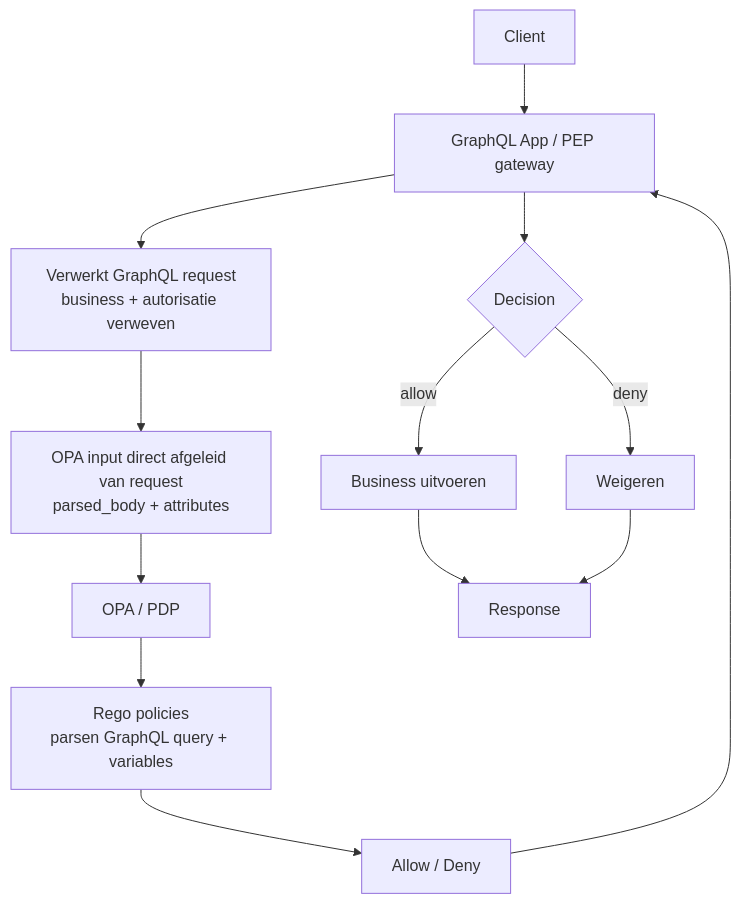
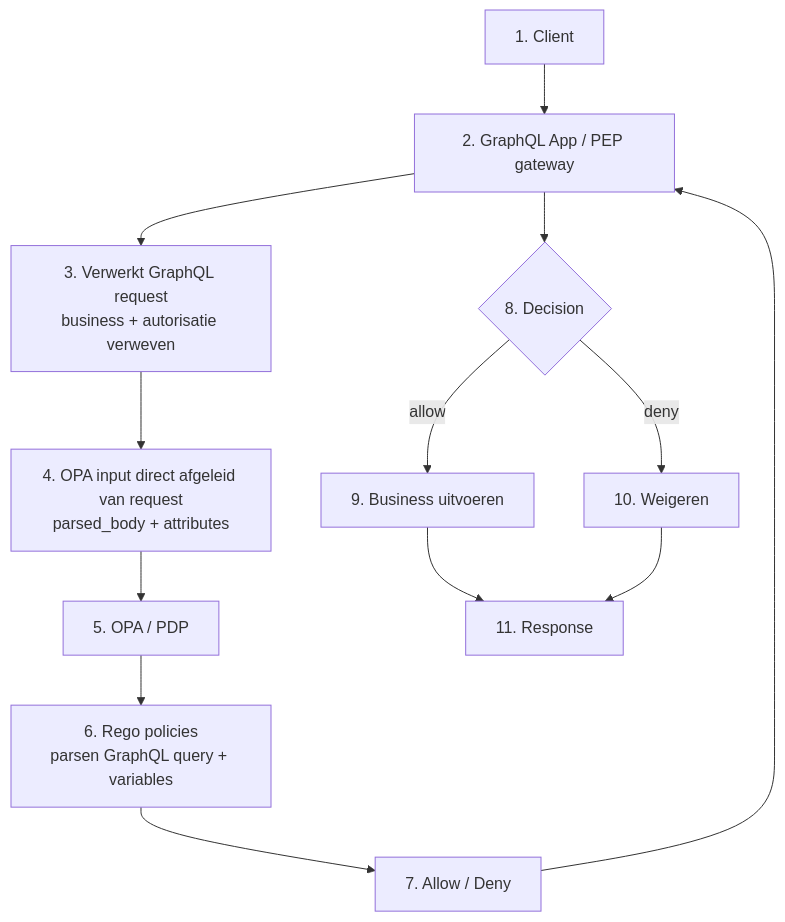
Before and after one commit to iStandaarden/iWlz-RequestForComment: the second of 3 diagrams in RFC/RFC0052 - Autorisatie standaardisatie.md, drawn with Mermaid. The commit also changed other lines of this file, not shown here.

````diff
--- a/RFC/RFC0052 - Autorisatie standaardisatie.md
+++ b/RFC/RFC0052 - Autorisatie standaardisatie.md
@@ -110,21 +87,21 @@
 ```mermaid
 flowchart TD
-    A[Client] --> B[GraphQL App / PEP gateway]
+    A[1. Client] --> B[2. GraphQL App / PEP gateway]
 
-    B --> C[Verwerkt GraphQL request<br/>business + autorisatie verweven]
+    B --> C[3. Verwerkt GraphQL request<br/>business + autorisatie verweven]
 
-    C --> D[OPA input direct afgeleid van request<br/>parsed_body + attributes]
+    C --> D[4. OPA input direct afgeleid van request<br/>parsed_body + attributes]
 
-    D --> E[OPA / PDP]
-    E --> F[Rego policies<br/>parsen GraphQL query + variables]
+    D --> E[5. OPA / PDP]
+    E --> F[6. Rego policies<br/>parsen GraphQL query + variables]
 
-    F --> G[Allow / Deny]
+    F --> G[7. Allow / Deny]
 
     G --> B
-    B --> H{Decision}
-    H -->|allow| I[Business uitvoeren]
-    H -->|deny| J[Weigeren]
+    B --> H{8. Decision}
+    H -->|allow| I[9. Business uitvoeren]
+    H -->|deny| J[10. Weigeren]
 
-    I --> K[Response]
+    I --> K[11. Response]
     J --> K
 ```
````
